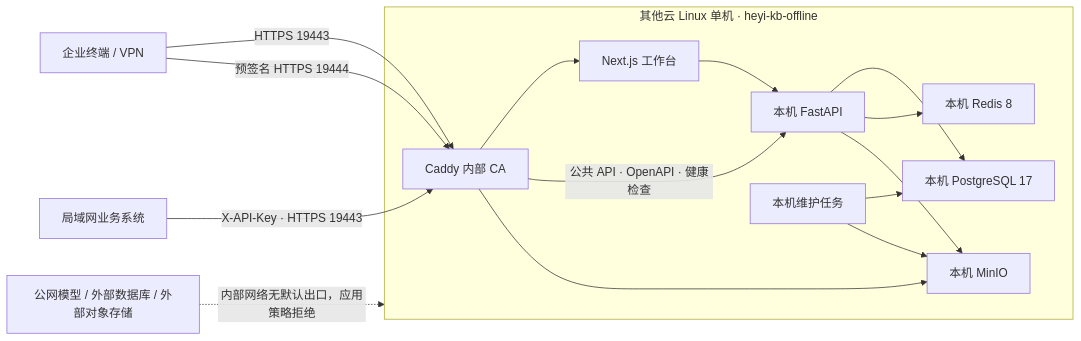
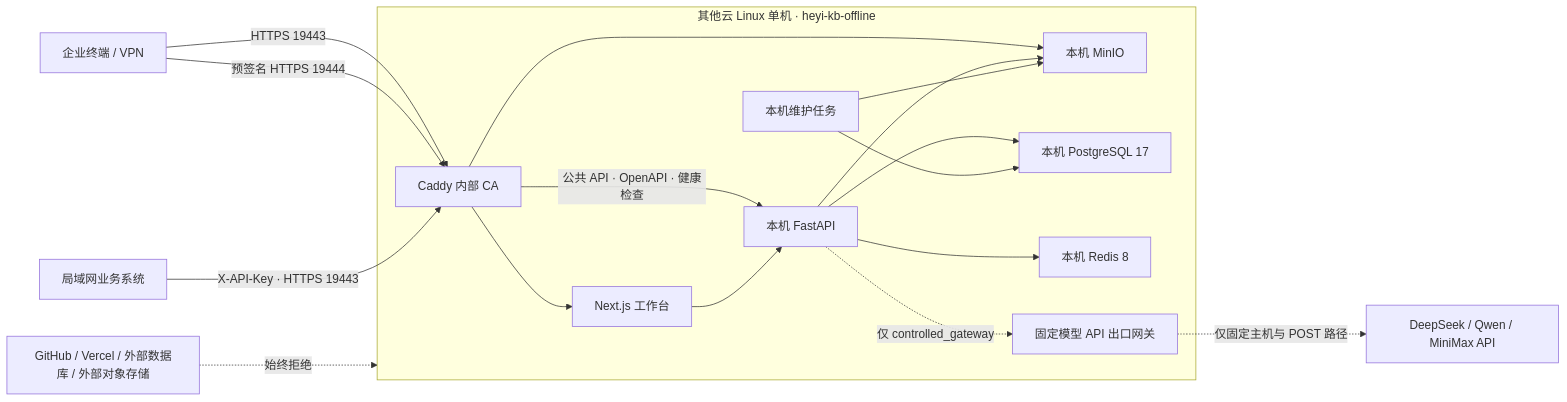
Before and after one commit to SuperGokou/knowledgebases: the diagram in docs/TENCENT_OFFLINE_ENTERPRISE_DEPLOYMENT.zh-CN.md, drawn with Mermaid. The commit also changed other lines of this file and 284 other files, not shown here.

````diff
--- a/docs/TENCENT_OFFLINE_ENTERPRISE_DEPLOYMENT.zh-CN.md
+++ b/docs/TENCENT_OFFLINE_ENTERPRISE_DEPLOYMENT.zh-CN.md
@@ -10,27 +13,30 @@
 ```mermaid
 flowchart LR
     User["企业终端 / VPN"] -->|"HTTPS 19443"| Proxy["Caddy 内部 CA"]
     User -->|"预签名 HTTPS 19444"| Proxy
     ApiClient["局域网业务系统"] -->|"X-API-Key · HTTPS 19443"| Proxy
     Proxy --> Web["Next.js 工作台"]
     Proxy -->|"公共 API · OpenAPI · 健康检查"| API["本机 FastAPI"]
     Proxy --> MinIO["本机 MinIO"]
     Web --> API
     API --> PostgreSQL["本机 PostgreSQL 17"]
     API --> Redis["本机 Redis 8"]
     API --> MinIO
+    API -. "仅 controlled_gateway" .-> Gateway["固定模型 API 出口网关"]
+    Gateway -. "仅固定主机与 POST 路径" .-> Providers["DeepSeek / Qwen / MiniMax API"]
     Maintenance["本机维护任务"] --> PostgreSQL
     Maintenance --> MinIO
 
     subgraph Host["其他云 Linux 单机 · heyi-kb-offline"]
       Proxy
       Web
       API
       Maintenance
       PostgreSQL
       Redis
       MinIO
+      Gateway
     end
 
-    Internet["公网模型 / 外部数据库 / 外部对象存储"] -. "内部网络无默认出口，应用策略拒绝" .-> Host
+    Internet["GitHub / Vercel / 外部数据库 / 外部对象存储"] -. "始终拒绝" .-> Host
 ```
````
